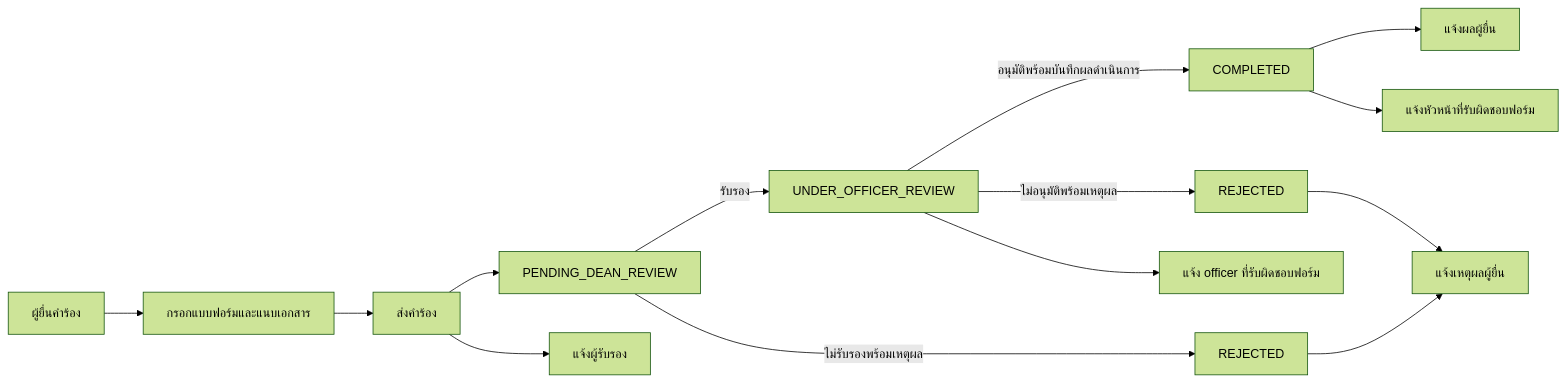
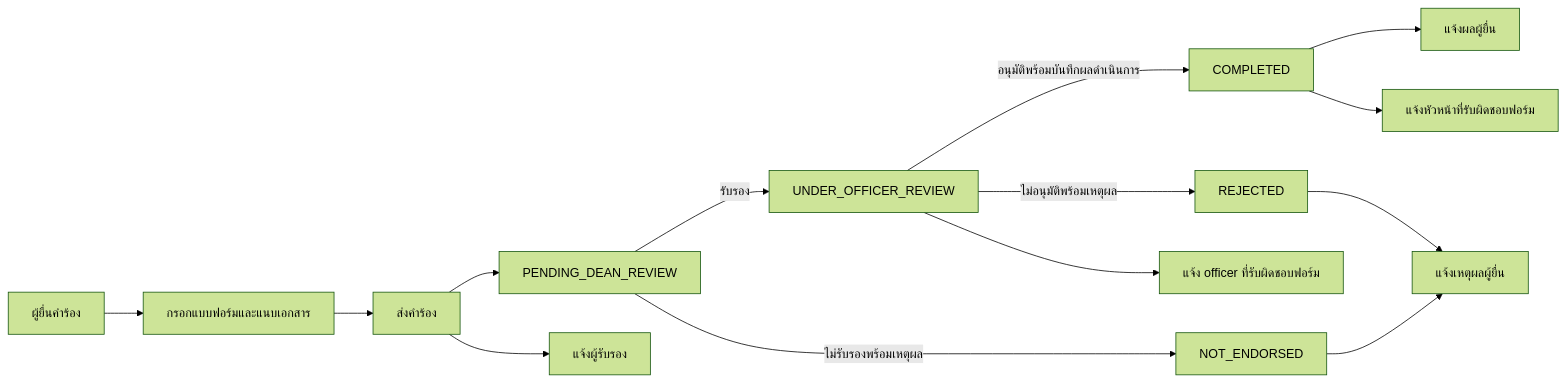
Before and after one commit to paktii/Form_Moodle_Academy: the first of 3 diagrams in database/design/service-portal-current-erd-and-workflow-th.md, drawn with Mermaid (forest theme). The commit also changed other lines of this file and 78 other files, not shown here.

````diff
--- a/database/design/service-portal-current-erd-and-workflow-th.md
+++ b/database/design/service-portal-current-erd-and-workflow-th.md
@@ -9,16 +9,16 @@
 ```mermaid
 flowchart LR
     requester["ผู้ยื่นคำร้อง"] --> form["กรอกแบบฟอร์มและแนบเอกสาร"]
     form --> submit["ส่งคำร้อง"]
     submit --> pendingDean["PENDING_DEAN_REVIEW"]
     pendingDean -->|"รับรอง"| underOfficer["UNDER_OFFICER_REVIEW"]
-    pendingDean -->|"ไม่รับรองพร้อมเหตุผล"| rejectedByDean["REJECTED"]
+    pendingDean -->|"ไม่รับรองพร้อมเหตุผล"| rejectedByDean["NOT_ENDORSED"]
     underOfficer -->|"อนุมัติพร้อมบันทึกผลดำเนินการ"| completed["COMPLETED"]
     underOfficer -->|"ไม่อนุมัติพร้อมเหตุผล"| rejectedByOfficer["REJECTED"]
     submit --> deanMail["แจ้งผู้รับรอง"]
     underOfficer --> officerMail["แจ้ง officer ที่รับผิดชอบฟอร์ม"]
     completed --> completedMail["แจ้งผลผู้ยื่น"]
     completed --> headMail["แจ้งหัวหน้าที่รับผิดชอบฟอร์ม"]
     rejectedByDean --> rejectedMail["แจ้งเหตุผลผู้ยื่น"]
     rejectedByOfficer --> rejectedMail
 ```
````
